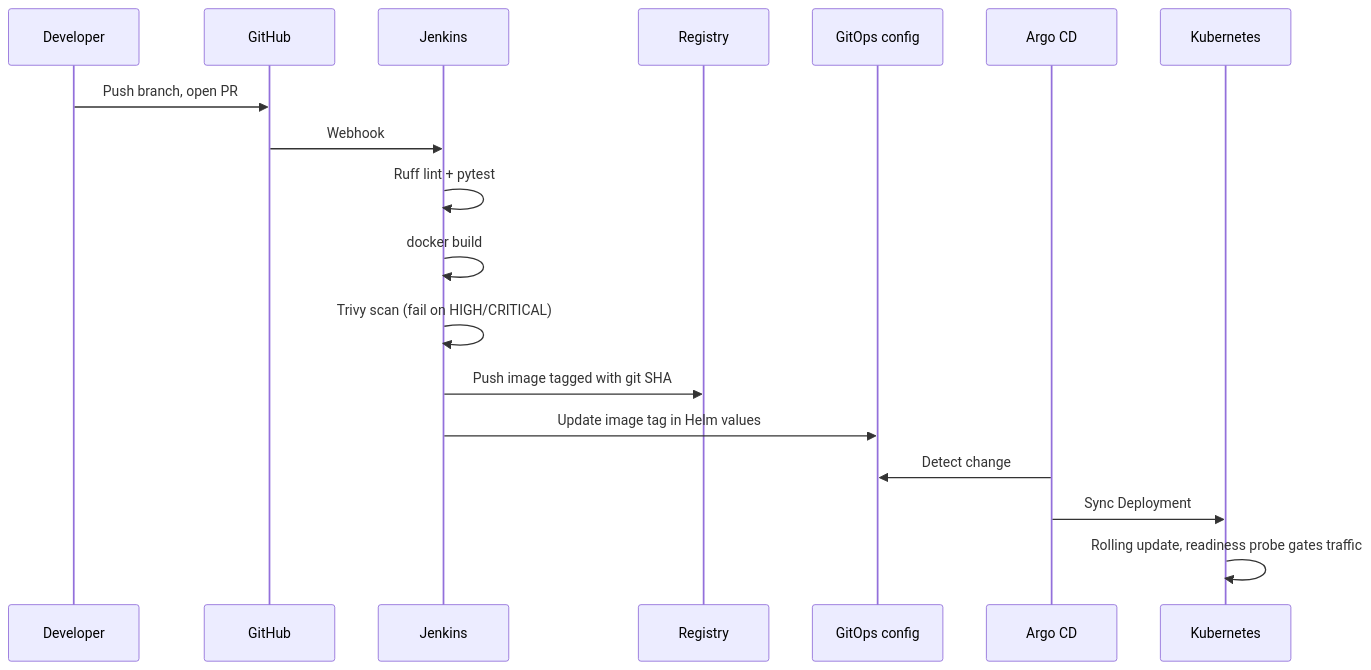
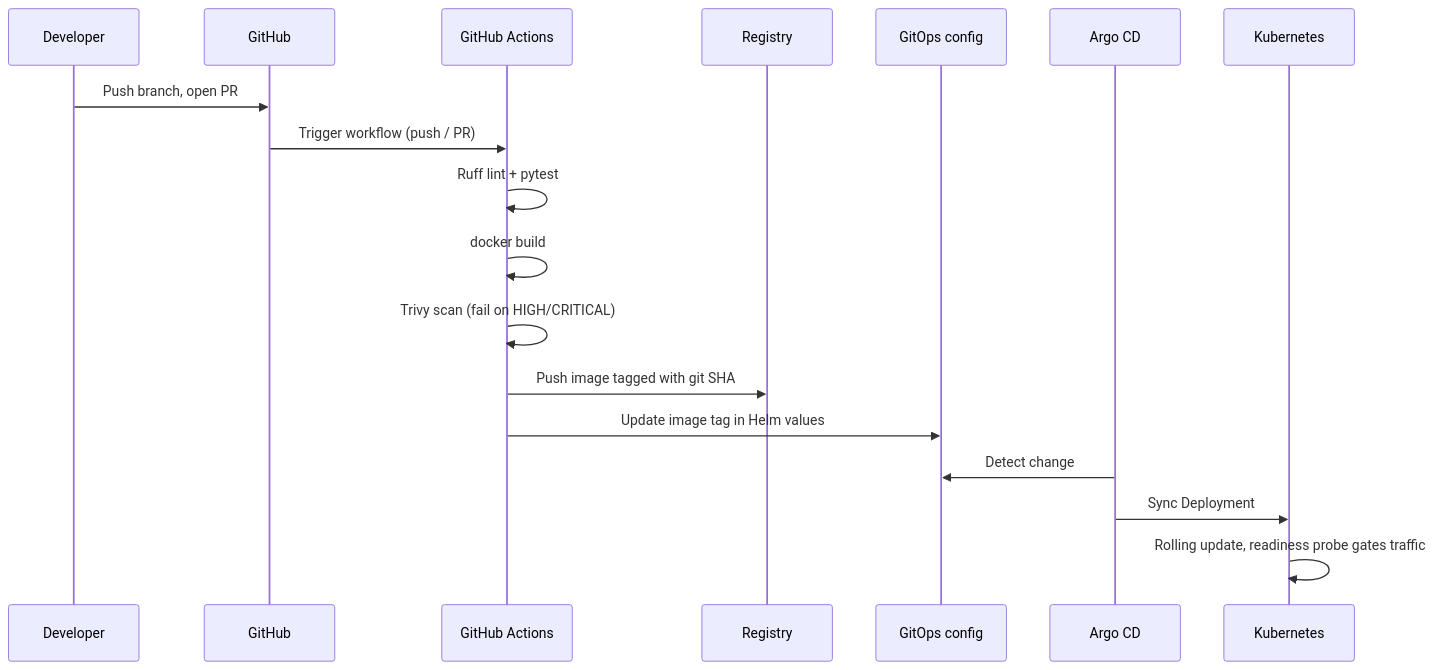
The third of 3 diagrams in docs/architecture.md (s12samola-wft/kubementor), drawn with Mermaid before and after one commit. The commit also changed other lines of this file and 2 other files, not shown here.

Commit message:
docs: switch CI from Jenkins to GitHub Actions, keep Jenkins as a lab

````diff
--- a/docs/architecture.md
+++ b/docs/architecture.md
@@ -81,21 +81,21 @@
 ```mermaid
 sequenceDiagram
     participant D as Developer
     participant G as GitHub
-    participant J as Jenkins
+    participant J as GitHub Actions
     participant R as Registry
     participant C as GitOps config
     participant A as Argo CD
     participant K as Kubernetes
 
     D->>G: Push branch, open PR
-    G->>J: Webhook
+    G->>J: Trigger workflow (push / PR)
     J->>J: Ruff lint + pytest
     J->>J: docker build
     J->>J: Trivy scan (fail on HIGH/CRITICAL)
     J->>R: Push image tagged with git SHA
     J->>C: Update image tag in Helm values
     A->>C: Detect change
     A->>K: Sync Deployment
     K->>K: Rolling update, readiness probe gates traffic
 ```
````
